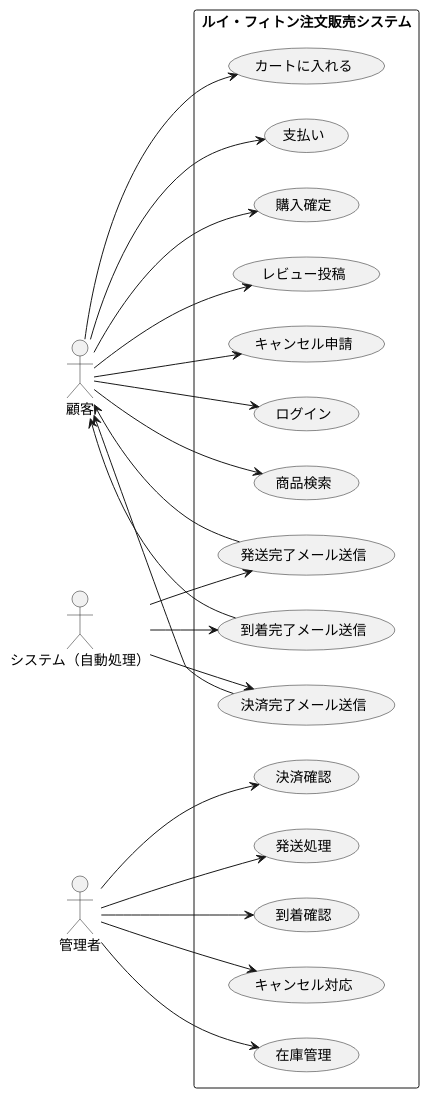
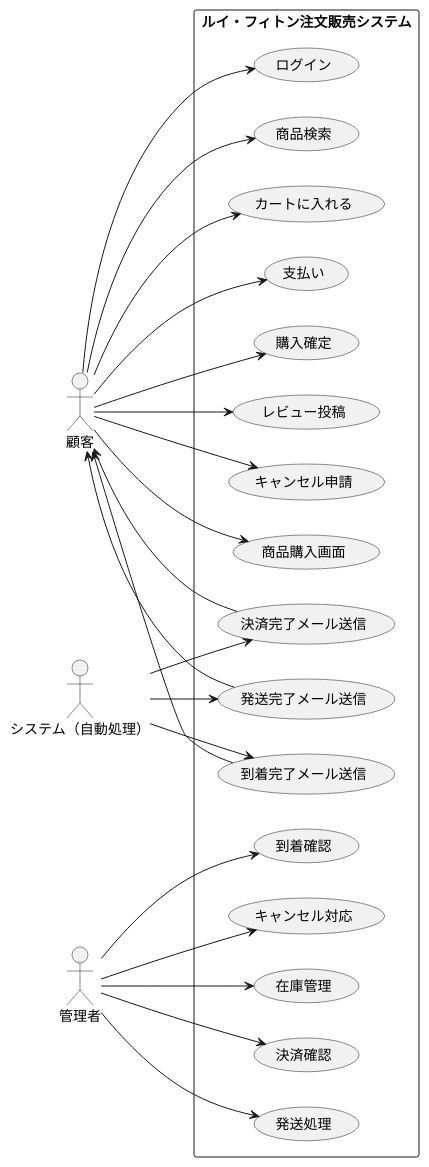
Before and after one commit to mameiku/group3-4: the diagram in ecommerce_usecase.pu, drawn with PlantUML. The commit also changed 1 other file, not shown here.

```diff
--- a/ecommerce_usecase.pu
+++ b/ecommerce_usecase.pu
@@ -1,58 +1,60 @@
 @startuml
 left to right direction
 
 actor 顧客
 actor 管理者
 actor "システム（自動処理）" as システム
 
 rectangle "ルイ・フィトン注文販売システム" {
 
   ' --- 顧客 ---
   (ログイン)
   (商品検索)
   (カートに入れる)
   (支払い)
   (購入確定)
   (レビュー投稿)
   (キャンセル申請)
+  (商品購入画面)
 
   ' --- 管理者 ---
   (在庫管理)
   (決済確認)
   (発送処理)
   (到着確認)
   (キャンセル対応)
 
   ' --- システム自動処理 ---
   (決済完了メール送信)
   (発送完了メール送信)
   (到着完了メール送信)
 }
 
 ' 顧客の動き
 顧客 --> (ログイン)
 顧客 --> (商品検索)
 顧客 --> (カートに入れる)
 顧客 --> (支払い)
 顧客 --> (購入確定)
 顧客 --> (レビュー投稿)
 顧客 --> (キャンセル申請)
+顧客 --> (商品購入画面)
 
 ' 管理者の動き
 管理者 --> (在庫管理)
 管理者 --> (決済確認)
 管理者 --> (発送処理)
 管理者 --> (到着確認)
 管理者 --> (キャンセル対応)
 
 ' システムの自動処理
 システム --> (決済完了メール送信)
 システム --> (発送完了メール送信)
 システム --> (到着完了メール送信)
 
 ' 自動処理の結果は顧客に通知
 (決済完了メール送信) --> 顧客
 (発送完了メール送信) --> 顧客
 (到着完了メール送信) --> 顧客
 
 @enduml
```
